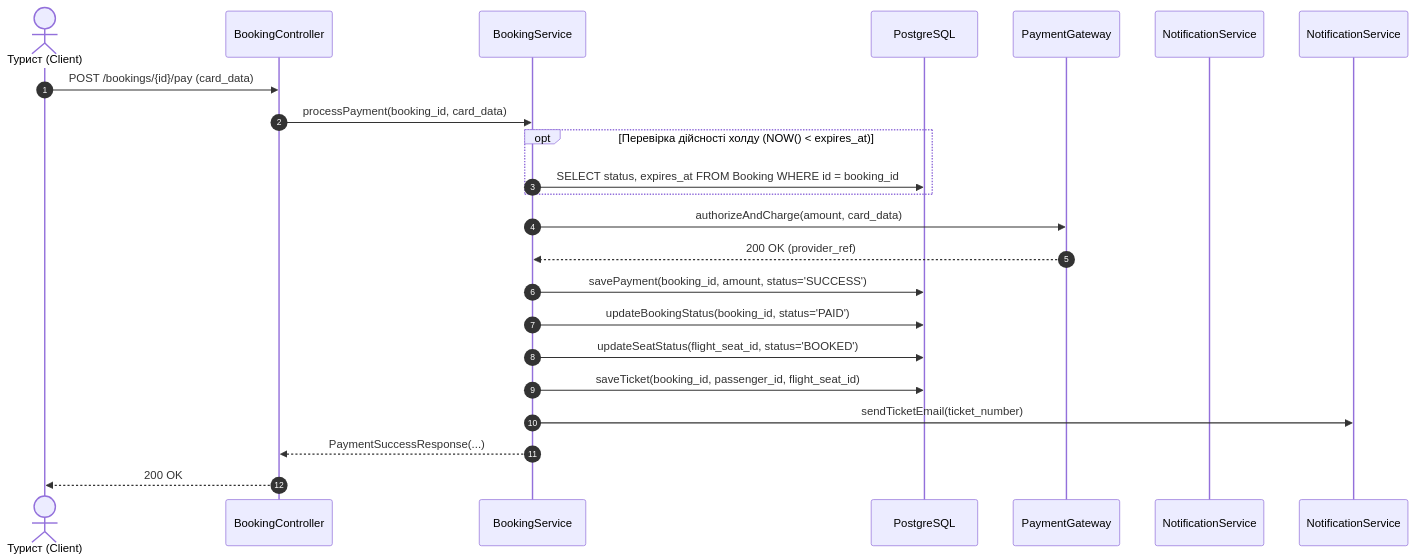
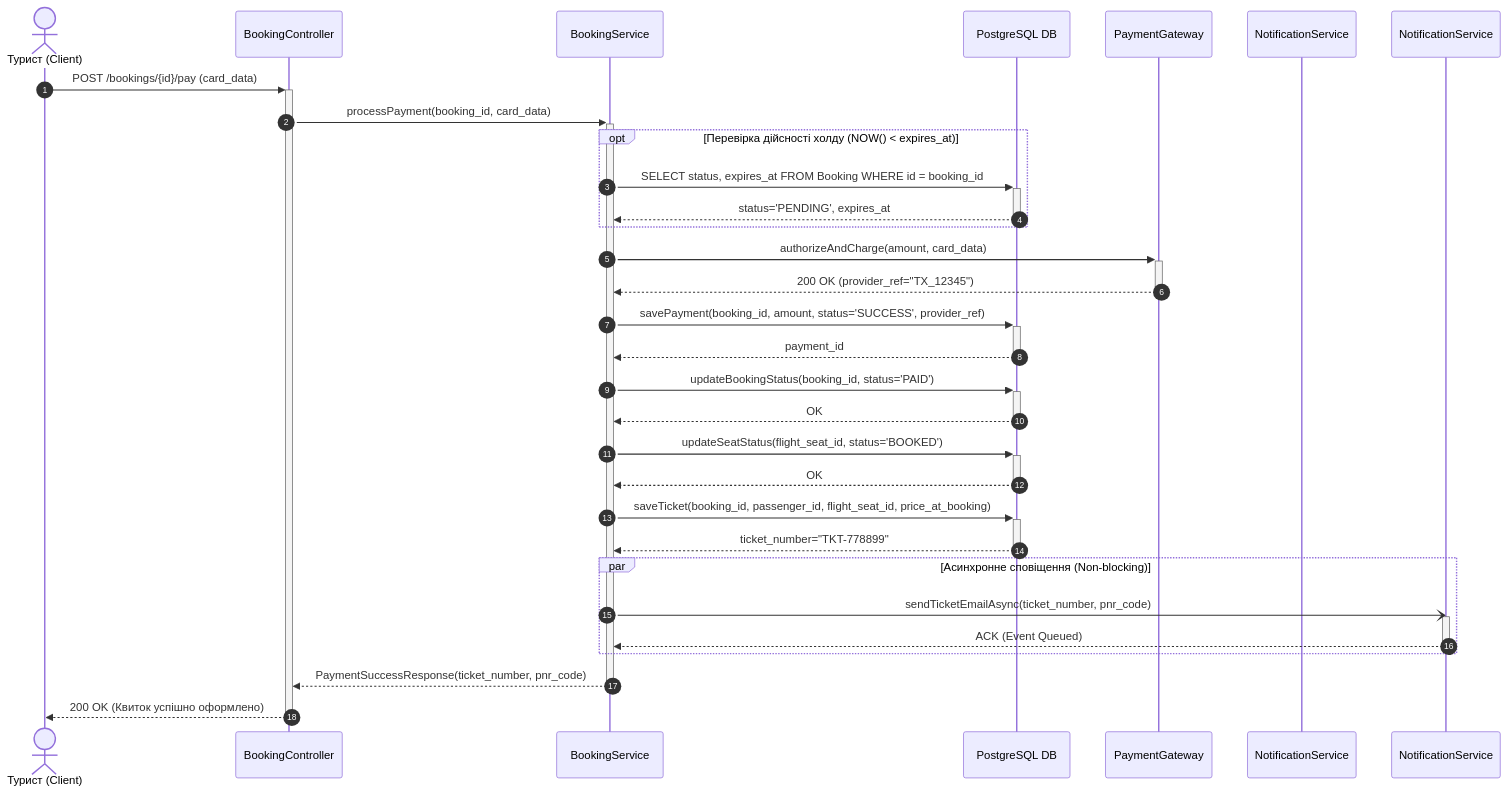
The fourth of 6 diagrams in README.md (MVlance/kpi2_laba), drawn with Mermaid before and after one commit. The commit also changed other lines of this file, not shown here.

Commit message:
refactor(sequence-diagrams): add activations and deactivations, return signals and async notification par block

````diff
--- a/README.md
+++ b/README.md
@@ -214,29 +214,43 @@
 ```mermaid
 sequenceDiagram
     autonumber
     actor Tourist as Турист (Client)
     participant API as BookingController
     participant Service as BookingService
-    participant DB as PostgreSQL
+    participant DB as PostgreSQL DB
     participant PG as PaymentGateway
     participant Email as NotificationService
 
-    Tourist->>API: POST /bookings/{id}/pay (card_data)
-    API->>Service: processPayment(booking_id, card_data)
+    Tourist->>+API: POST /bookings/{id}/pay (card_data)
+    API->>+Service: processPayment(booking_id, card_data)
     
     opt Перевірка дійсності холду (NOW() < expires_at)
-        Service->>DB: SELECT status, expires_at FROM Booking WHERE id = booking_id
+        Service->>+DB: SELECT status, expires_at FROM Booking WHERE id = booking_id
+        DB-->>-Service: status='PENDING', expires_at
     end
 
-    Service->>PG: authorizeAndCharge(amount, card_data)
-    PG-->>Service: 200 OK (provider_ref)
+    Service->>+PG: authorizeAndCharge(amount, card_data)
+    PG-->>-Service: 200 OK (provider_ref="TX_12345")
 
-    Service->>DB: savePayment(booking_id, amount, status='SUCCESS')
-    Service->>DB: updateBookingStatus(booking_id, status='PAID')
-    Service->>DB: updateSeatStatus(flight_seat_id, status='BOOKED')
-    Service->>DB: saveTicket(booking_id, passenger_id, flight_seat_id)
+    Service->>+DB: savePayment(booking_id, amount, status='SUCCESS', provider_ref)
+    DB-->>-Service: payment_id
 
-    Service->>NotificationService: sendTicketEmail(ticket_number)
-    Service-->>API: PaymentSuccessResponse(...)
-    API-->>Tourist: 200 OK
+    Service->>+DB: updateBookingStatus(booking_id, status='PAID')
+    DB-->>-Service: OK
+
+    Service->>+DB: updateSeatStatus(flight_seat_id, status='BOOKED')
+    DB-->>-Service: OK
+
+    Service->>+DB: saveTicket(booking_id, passenger_id, flight_seat_id, price_at_booking)
+    DB-->>-Service: ticket_number="TKT-778899"
+
+    par Асинхронне сповіщення (Non-blocking)
+        Service-)NotificationService: sendTicketEmailAsync(ticket_number, pnr_code)
+        activate NotificationService
+        NotificationService-->>Service: ACK (Event Queued)
+        deactivate NotificationService
+    end
+
+    Service-->>-API: PaymentSuccessResponse(ticket_number, pnr_code)
+    API-->>-Tourist: 200 OK (Квиток успішно оформлено)
 ```
````
